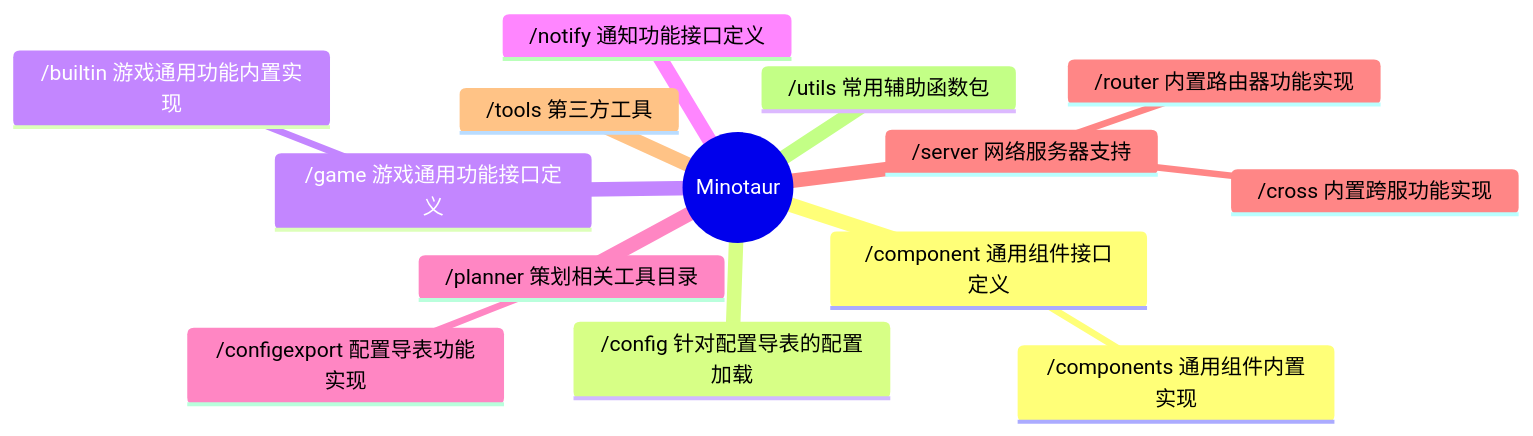
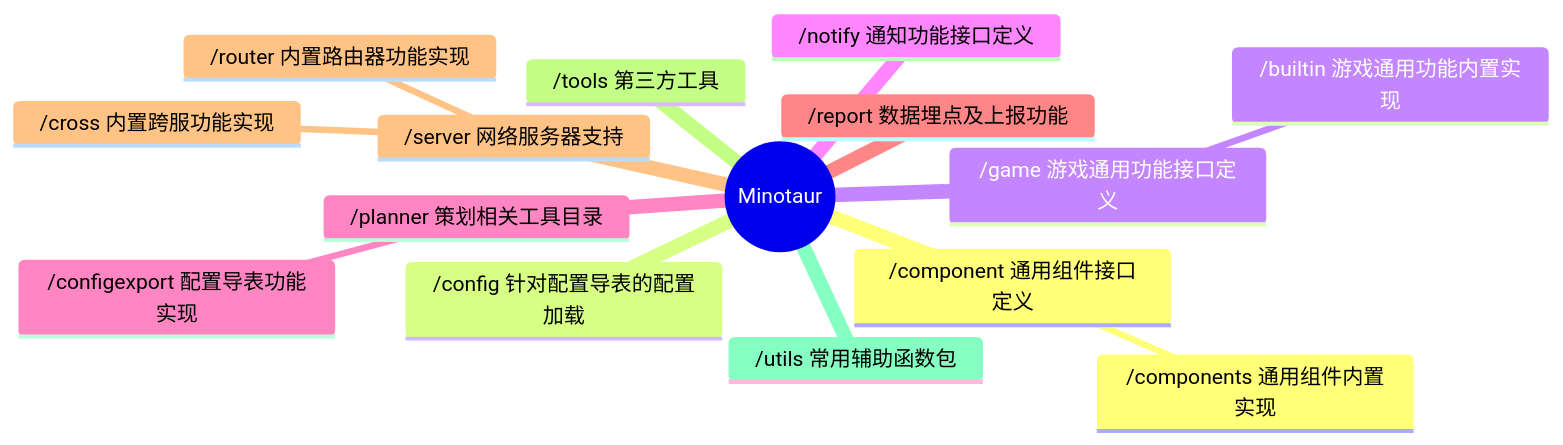
Before and after one commit to kercylan98/minotaur: the diagram in README.md, drawn with Mermaid.

Commit message:
目录结构完善

````diff
--- a/README.md
+++ b/README.md
@@ -11,17 +11,18 @@
 ```mermaid
 mindmap
   root((Minotaur))
     /component 通用组件接口定义
       /components 通用组件内置实现
     /config 针对配置导表的配置加载
     /game 游戏通用功能接口定义
       /builtin 游戏通用功能内置实现
     /notify 通知功能接口定义
     /planner 策划相关工具目录
       /configexport 配置导表功能实现
+    /report 数据埋点及上报功能
     /server 网络服务器支持
       /cross 内置跨服功能实现
       /router 内置路由器功能实现
     /tools 第三方工具
     /utils 常用辅助函数包
 ```
````
